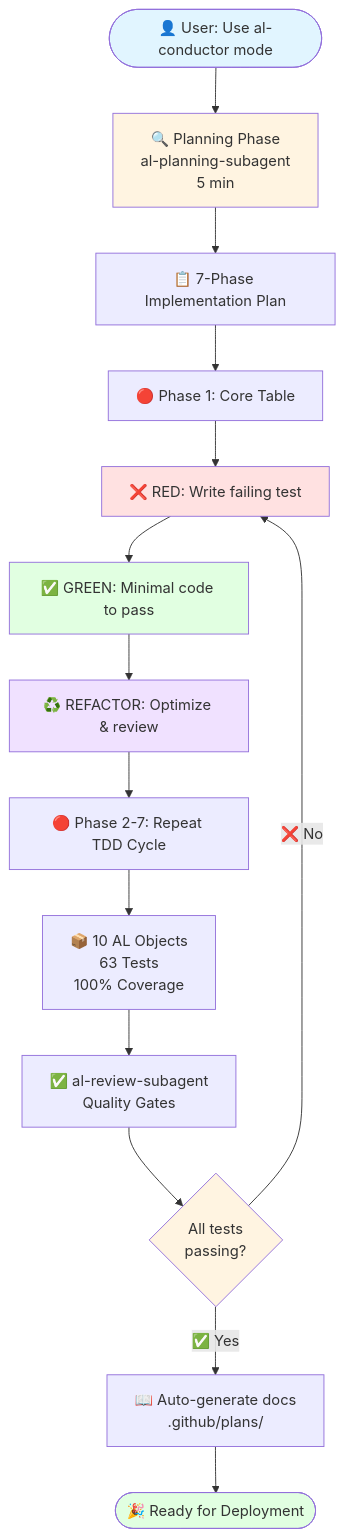
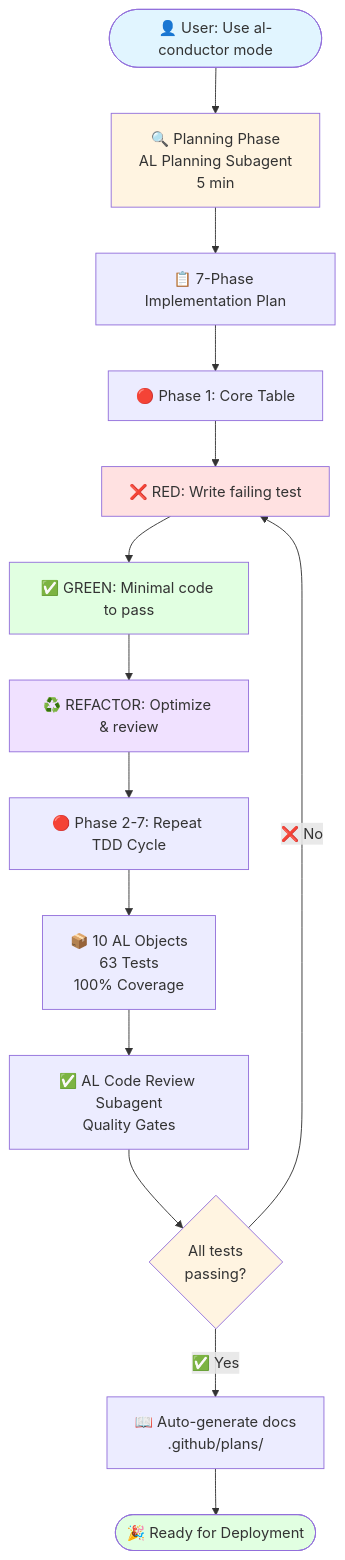
One commit to javiarmesto/ALDC-AL-Development-Collection changed the second of 3 diagrams in docs/reproducible-example.md. Above: the diagram before and after it, drawn with Mermaid. The commit also changed other lines of this file and 36 other files, not shown here.

````diff
--- a/docs/reproducible-example.md
+++ b/docs/reproducible-example.md
@@ -178,29 +178,29 @@
 ```mermaid
 graph TB
-    Start([👤 User: Use al-conductor mode]) --> Planning[🔍 Planning Phase<br/>al-planning-subagent<br/>5 min]
+    Start([👤 User: Use al-conductor mode]) --> Planning[🔍 Planning Phase<br/>AL Planning Subagent<br/>5 min]
     Planning --> Plan[📋 7-Phase Implementation Plan]
     
     Plan --> Phase1[🔴 Phase 1: Core Table]
     Phase1 --> Red1[❌ RED: Write failing test]
     Red1 --> Green1[✅ GREEN: Minimal code to pass]
     Green1 --> Refactor1[♻️ REFACTOR: Optimize & review]
     
     Refactor1 --> Phase2[🔴 Phase 2-7: Repeat TDD Cycle]
     Phase2 --> Objects[📦 10 AL Objects<br/>63 Tests<br/>100% Coverage]
     
-    Objects --> Review[✅ al-review-subagent<br/>Quality Gates]
+    Objects --> Review[✅ AL Code Review Subagent<br/>Quality Gates]
     Review --> Pass{All tests<br/>passing?}
     
     Pass -->|✅ Yes| Docs[📖 Auto-generate docs<br/>.github/plans/]
     Pass -->|❌ No| Red1
     
     Docs --> Complete([🎉 Ready for Deployment])
     
     style Start fill:#e1f5ff
     style Planning fill:#fff4e1
     style Red1 fill:#ffe1e1
     style Green1 fill:#e1ffe1
     style Refactor1 fill:#f0e1ff
     style Complete fill:#e1ffe1
     style Pass fill:#fff4e1
 ```
````
